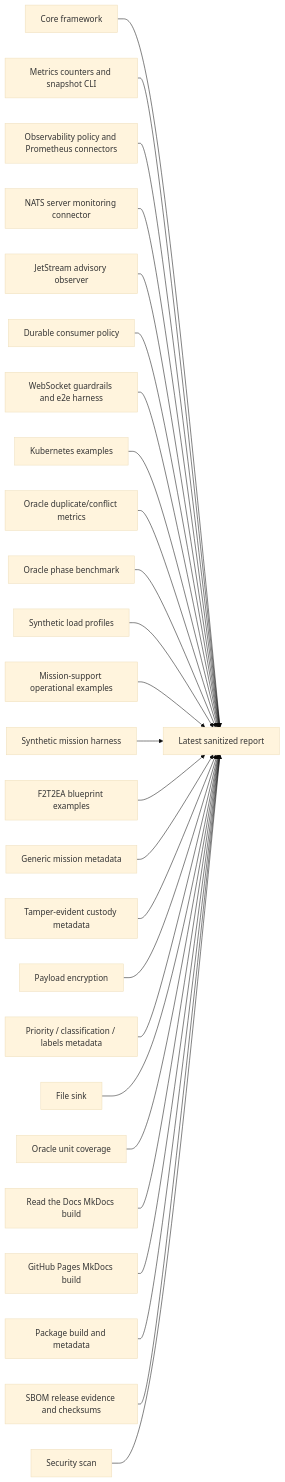
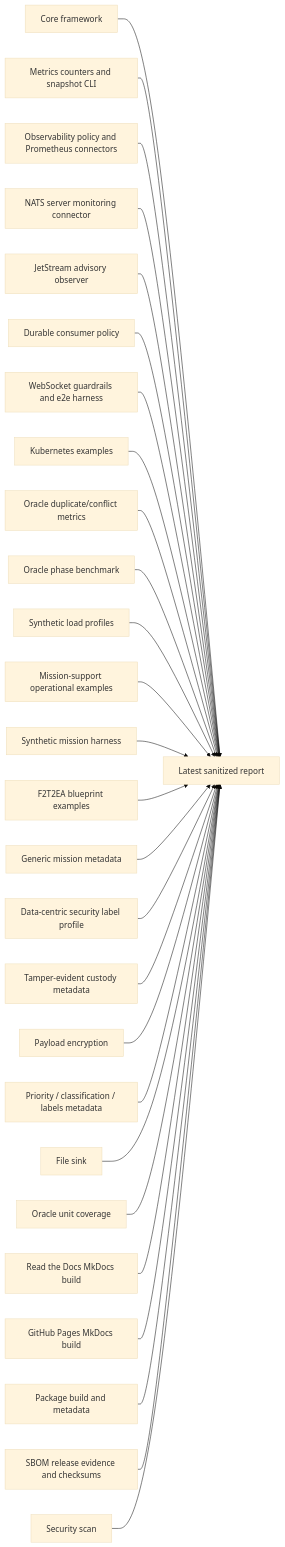
Before and after one commit to ProjectCuillin/nats-sinks: the first of 5 diagrams in docs/test-report.md, drawn with Mermaid (base theme). The commit also changed other lines of this file and 30 other files, not shown here.

Commit message:
Add data-centric security label profile

````diff
--- a/docs/test-report.md
+++ b/docs/test-report.md
@@ -100,28 +101,29 @@
 ```mermaid
 flowchart LR
     Core[Core framework] --> Report[Latest sanitized report]
     Metrics[Metrics counters and snapshot CLI] --> Report
     Observe[Observability policy and Prometheus connectors] --> Report
     NATSMon[NATS server monitoring connector] --> Report
     Advisories[JetStream advisory observer] --> Report
     Consumers[Durable consumer policy] --> Report
     WebSocket[WebSocket guardrails and e2e harness] --> Report
     K8s[Kubernetes examples] --> Report
     OracleMetrics[Oracle duplicate/conflict metrics] --> Report
     OracleBenchmark[Oracle phase benchmark] --> Report
     LoadProfiles[Synthetic load profiles] --> Report
     MissionOps[Mission-support operational examples] --> Report
     Synthetic[Synthetic mission harness] --> Report
     F2T2EA[F2T2EA blueprint examples] --> Report
     MissionMeta[Generic mission metadata] --> Report
+    SecurityLabels[Data-centric security label profile] --> Report
     Custody[Tamper-evident custody metadata] --> Report
     Crypto[Payload encryption] --> Report
     MessageMeta[Priority / classification / labels metadata] --> Report
     File[File sink] --> Report
     OracleUnit[Oracle unit coverage] --> Report
     DocsRTD[Read the Docs MkDocs build] --> Report
     DocsPages[GitHub Pages MkDocs build] --> Report
     Package[Package build and metadata] --> Report
     SBOM[SBOM release evidence and checksums] --> Report
     Security[Security scan] --> Report
 ```
````
